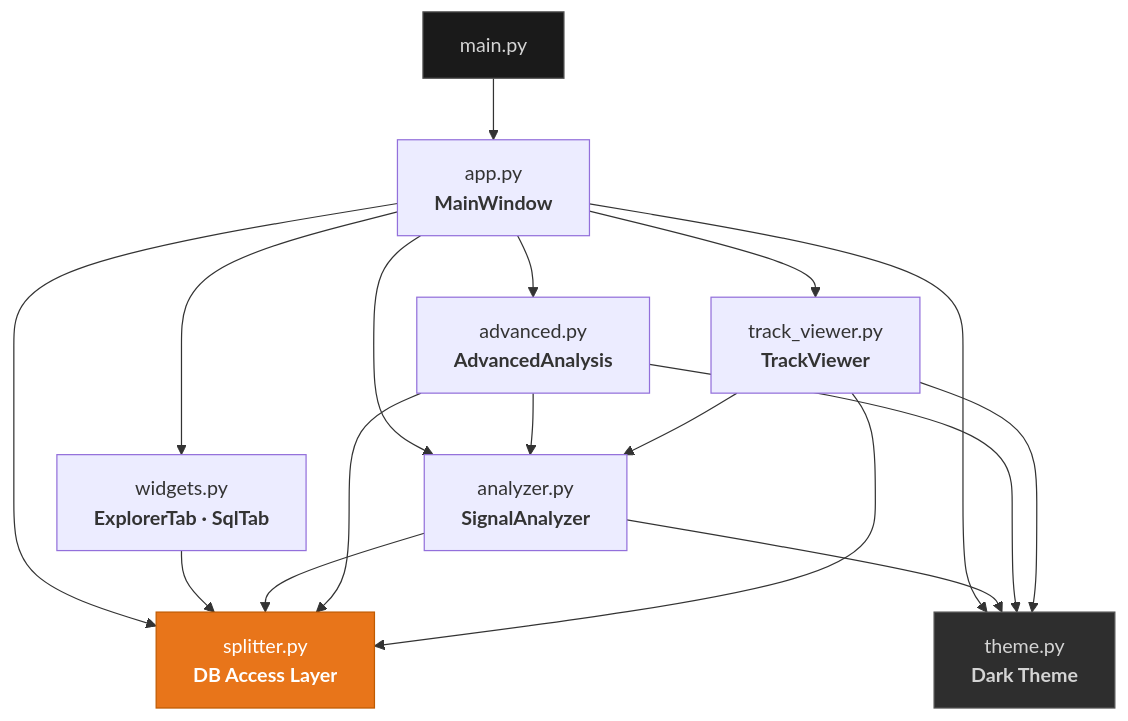
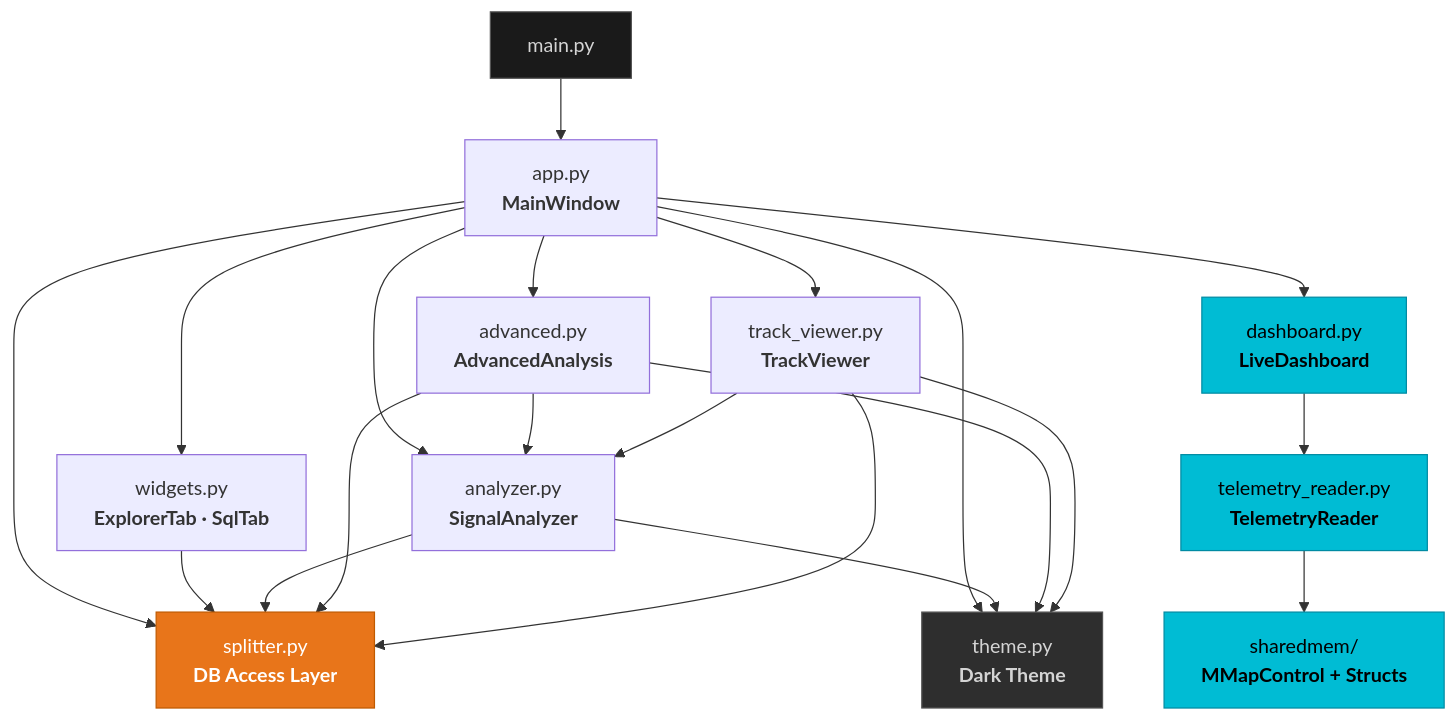
The third of 9 diagrams in docs/docs/lmupi/overview.md (SeamusMullan/TeleMU), drawn with Mermaid before and after one commit. The commit also changed other lines of this file and 93 other files, not shown here.

Commit message:
docs: restructure for Python-only, agent-friendly architecture

````diff
--- a/docs/docs/lmupi/overview.md
+++ b/docs/docs/lmupi/overview.md
@@ -105,33 +119,43 @@
 ```mermaid
 graph TD
     main["main.py"]
     app["app.py<br/><b>MainWindow</b>"]
     splitter["splitter.py<br/><b>DB Access Layer</b>"]
     theme["theme.py<br/><b>Dark Theme</b>"]
     widgets["widgets.py<br/><b>ExplorerTab · SqlTab</b>"]
     analyzer["analyzer.py<br/><b>SignalAnalyzer</b>"]
     advanced["advanced.py<br/><b>AdvancedAnalysis</b>"]
     track["track_viewer.py<br/><b>TrackViewer</b>"]
+    dashboard["dashboard.py<br/><b>LiveDashboard</b>"]
+    reader["telemetry_reader.py<br/><b>TelemetryReader</b>"]
+    sharedmem["sharedmem/<br/><b>MMapControl + Structs</b>"]
 
     main --> app
     app --> splitter
     app --> theme
     app --> widgets
     app --> analyzer
     app --> advanced
     app --> track
+    app --> dashboard
 
     widgets --> splitter
     analyzer --> splitter
     analyzer --> theme
     advanced --> splitter
     advanced --> analyzer
     advanced --> theme
     track --> splitter
     track --> analyzer
     track --> theme
 
+    dashboard --> reader
+    reader --> sharedmem
+
     style splitter fill:#e8751a,color:#fff,stroke:#c05a00
     style theme fill:#2e2e2e,color:#d4d4d4,stroke:#555
     style main fill:#1a1a1a,color:#d4d4d4,stroke:#555
+    style dashboard fill:#00bcd4,color:#000,stroke:#008ba3
+    style reader fill:#00bcd4,color:#000,stroke:#008ba3
+    style sharedmem fill:#00bcd4,color:#000,stroke:#008ba3
 ```
````
